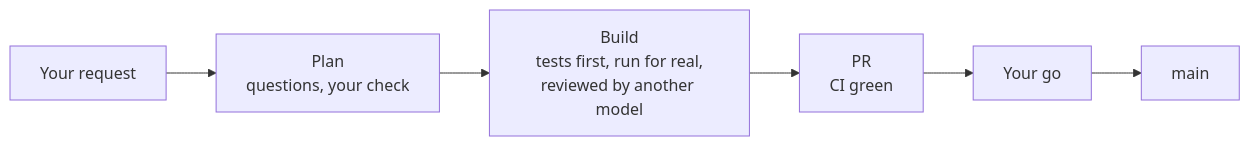
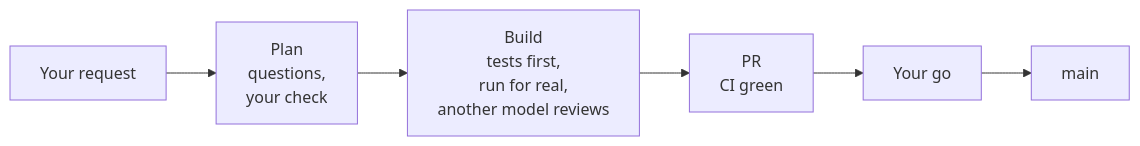
Before and after one commit to po2studio/supercharge: the diagram in README.md, drawn with Mermaid. The commit also changed other lines of this file, not shown here.

First line of the commit message:
docs: name the stacks, shorten the diagram, tighten the README

````diff
--- a/README.md
+++ b/README.md
@@ -56,8 +56,8 @@
 ```mermaid
 flowchart LR
-    A["Your request"] --> B["Plan<br>questions, your check"]
-    B --> C["Build<br>tests first, run for real,<br>reviewed by another model"]
+    A["Your request"] --> B["Plan<br>questions,<br>your check"]
+    B --> C["Build<br>tests first,<br>run for real,<br>another model reviews"]
     C --> D["PR<br>CI green"]
     D --> E["Your go"]
     E --> F["main"]
 ```
````
